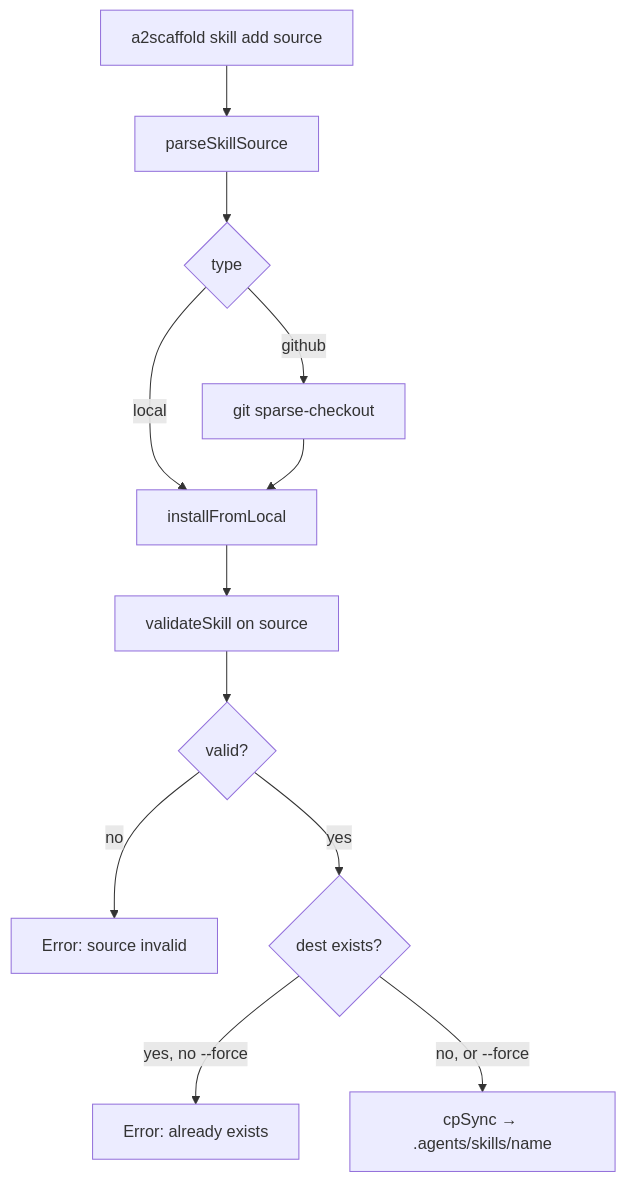
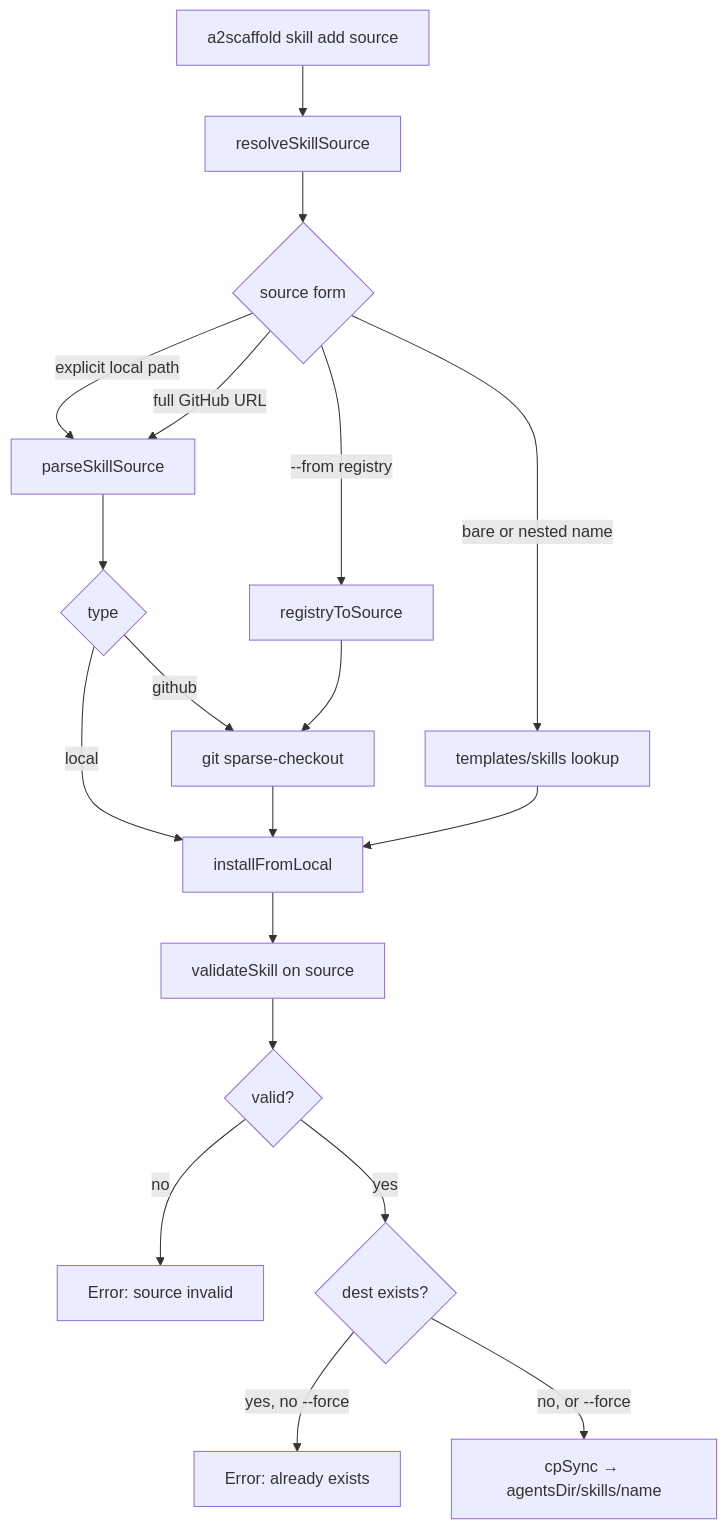
The second of 4 diagrams in docs/agents/workflows/skill.workflow.md (pasxd245/ai-agents-scaffold), drawn with Mermaid before and after one commit. The commit also changed other lines of this file and 51 other files, not shown here.

First line of the commit message:
feat(scaffold): namespace templates and add skill registry support

````diff
--- a/docs/agents/workflows/skill.workflow.md
+++ b/docs/agents/workflows/skill.workflow.md
@@ -22,14 +22,21 @@
 ```mermaid
 flowchart TD
-  A[a2scaffold skill add source] --> B[parseSkillSource]
-  B --> C{type}
-  C -->|local| D[installFromLocal]
-  C -->|github| E[git sparse-checkout]
-  E --> D
-  D --> F[validateSkill on source]
-  F --> G{valid?}
-  G -->|no| H[Error: source invalid]
-  G -->|yes| I{dest exists?}
-  I -->|yes, no --force| J[Error: already exists]
-  I -->|no, or --force| K[cpSync → .agents/skills/name]
+  A[a2scaffold skill add source] --> B[resolveSkillSource]
+  B --> C{source form}
+  C -->|explicit local path| D[parseSkillSource]
+  C -->|full GitHub URL| D
+  C -->|--from registry| E[registryToSource]
+  C -->|bare or nested name| F[templates/skills lookup]
+  D --> G{type}
+  E --> H[git sparse-checkout]
+  F --> I[installFromLocal]
+  G -->|local| I
+  G -->|github| H
+  H --> I
+  I --> J[validateSkill on source]
+  J --> K{valid?}
+  K -->|no| L[Error: source invalid]
+  K -->|yes| M{dest exists?}
+  M -->|yes, no --force| N[Error: already exists]
+  M -->|no, or --force| O[cpSync → agentsDir/skills/name]
 ```
````
